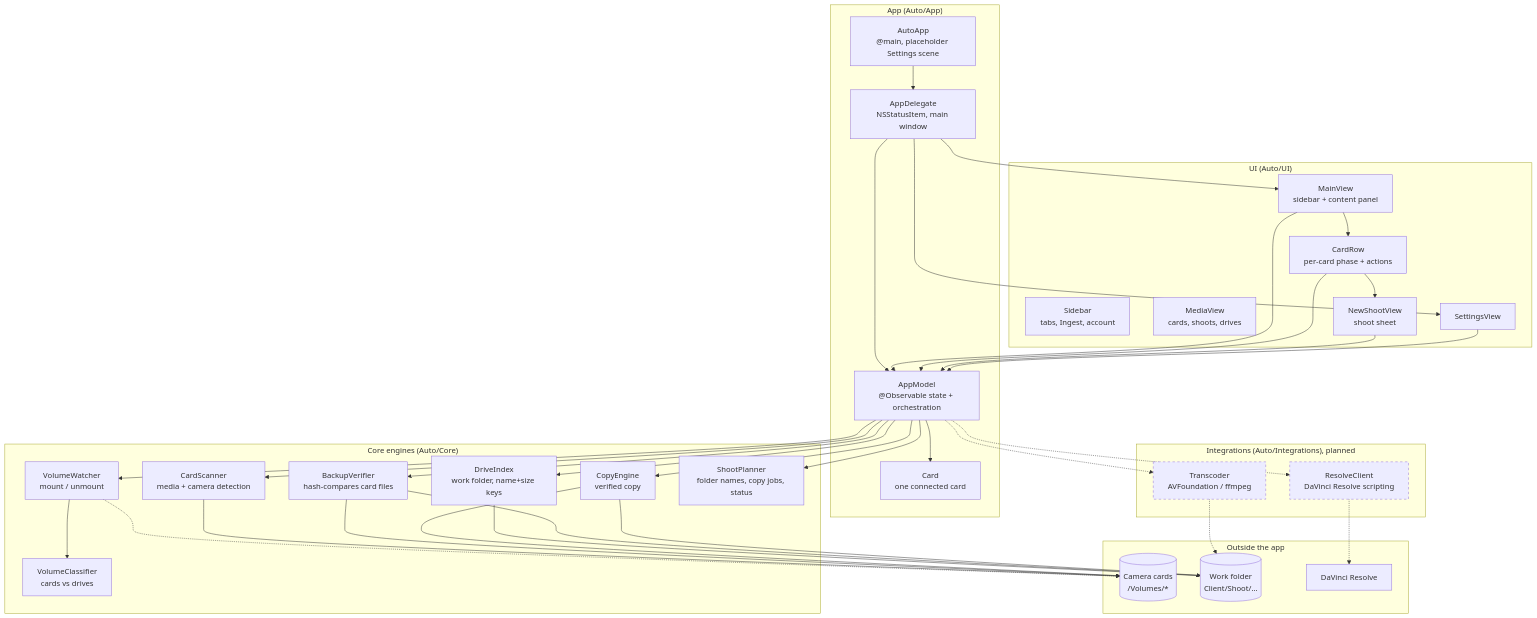
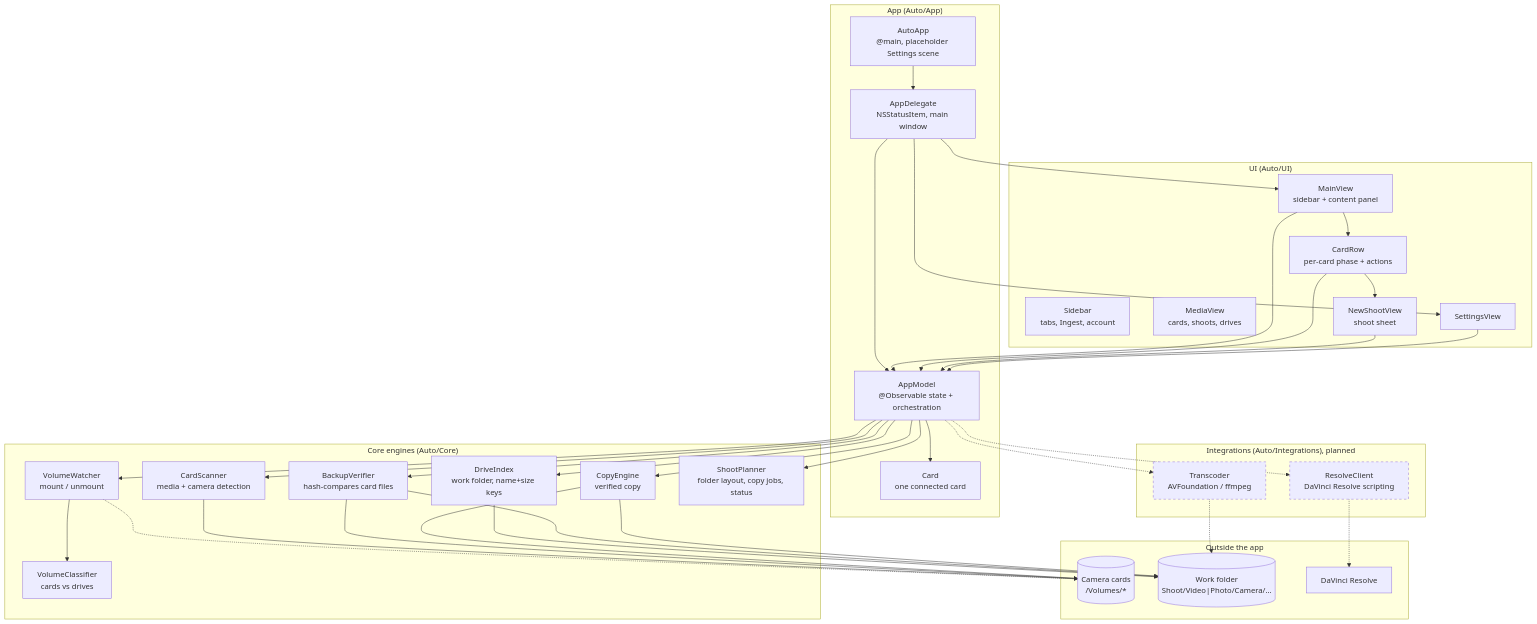
One commit to jonocorpuz/Auto changed the first of 2 diagrams in ARCHITECTURE.md. Above: the diagram before and after it, drawn with Mermaid. The commit also changed other lines of this file and 1 other file, not shown here.

Commit message:
docs: record shoot-name-only layout, day chips and camera naming

````diff
--- a/ARCHITECTURE.md
+++ b/ARCHITECTURE.md
@@ -15,72 +15,72 @@
 ```mermaid
 flowchart TD
     subgraph UILayer ["UI (Auto/UI)"]
         Main["MainView\nsidebar + content panel"]
         Sidebar["Sidebar\ntabs, Ingest, account"]
         Media["MediaView\ncards, shoots, drives"]
         CardRow["CardRow\nper-card phase + actions"]
         NewShoot["NewShootView\nshoot sheet"]
         Settings["SettingsView"]
     end
 
     subgraph AppLayer ["App (Auto/App)"]
         Delegate["AppDelegate\nNSStatusItem, main window"]
         Entry["AutoApp\n@main, placeholder Settings scene"]
         Model["AppModel\n@Observable state + orchestration"]
         CardModel["Card\none connected card"]
     end
 
     subgraph CoreLayer ["Core engines (Auto/Core)"]
         Watcher["VolumeWatcher\nmount / unmount"]
         Classifier["VolumeClassifier\ncards vs drives"]
         Scanner["CardScanner\nmedia + camera detection"]
         Index["DriveIndex\nwork folder, name+size keys"]
         Verifier["BackupVerifier\nhash-compares card files"]
         Copy["CopyEngine\nverified copy"]
-        Planner["ShootPlanner\nfolder names, copy jobs, status"]
+        Planner["ShootPlanner\nfolder layout, copy jobs, status"]
     end
 
     subgraph Integrations ["Integrations (Auto/Integrations), planned"]
         Resolve["ResolveClient\nDaVinci Resolve scripting"]
         Transcode["Transcoder\nAVFoundation / ffmpeg"]
     end
 
     subgraph External ["Outside the app"]
         Cards[("Camera cards\n/Volumes/*")]
-        Work[("Work folder\nClient/Shoot/...")]
+        Work[("Work folder\nShoot/Video|Photo/Camera/...")]
         DR["DaVinci Resolve"]
     end
 
     Entry --> Delegate
     Delegate --> Model
     Delegate --> Main
     Delegate --> Settings
     Main --> CardRow
     CardRow --> NewShoot
     Main --> Model
     CardRow --> Model
     NewShoot --> Model
     Settings --> Model
     Model --> CardModel
     Model --> Watcher
     Watcher --> Classifier
     Model --> Scanner
     Model --> Index
     Model --> Verifier
     Model --> Copy
     Model --> Planner
     Watcher -.-> Cards
     Scanner --> Cards
     Verifier --> Cards
     Copy --> Cards
     Index --> Work
     Verifier --> Work
     Copy --> Work
     Model -.-> Transcode
     Model -.-> Resolve
     Transcode -.-> Work
     Resolve -.-> DR
 
     classDef planned stroke-dasharray: 5 5
     class Transcode,Resolve planned
 ```
````
